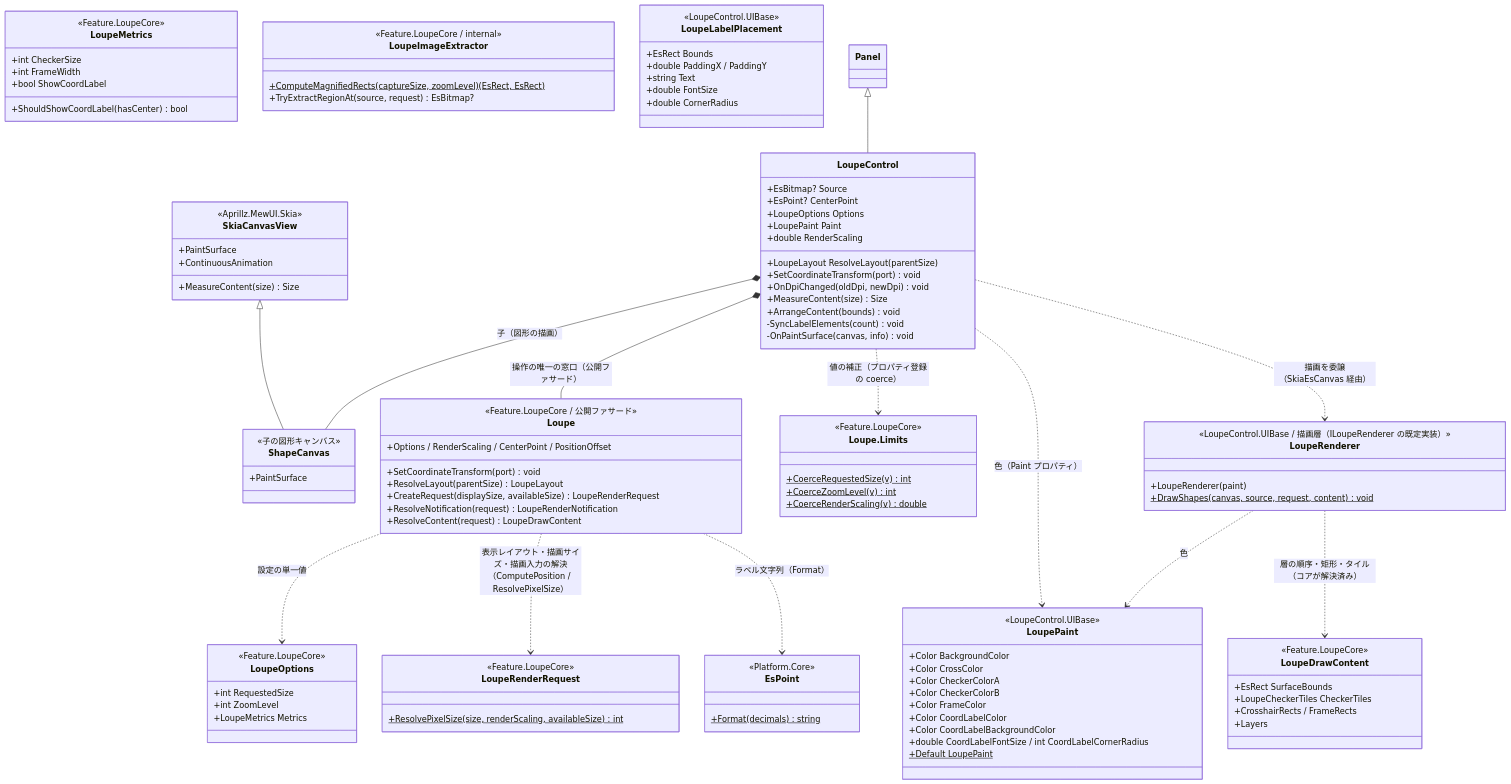
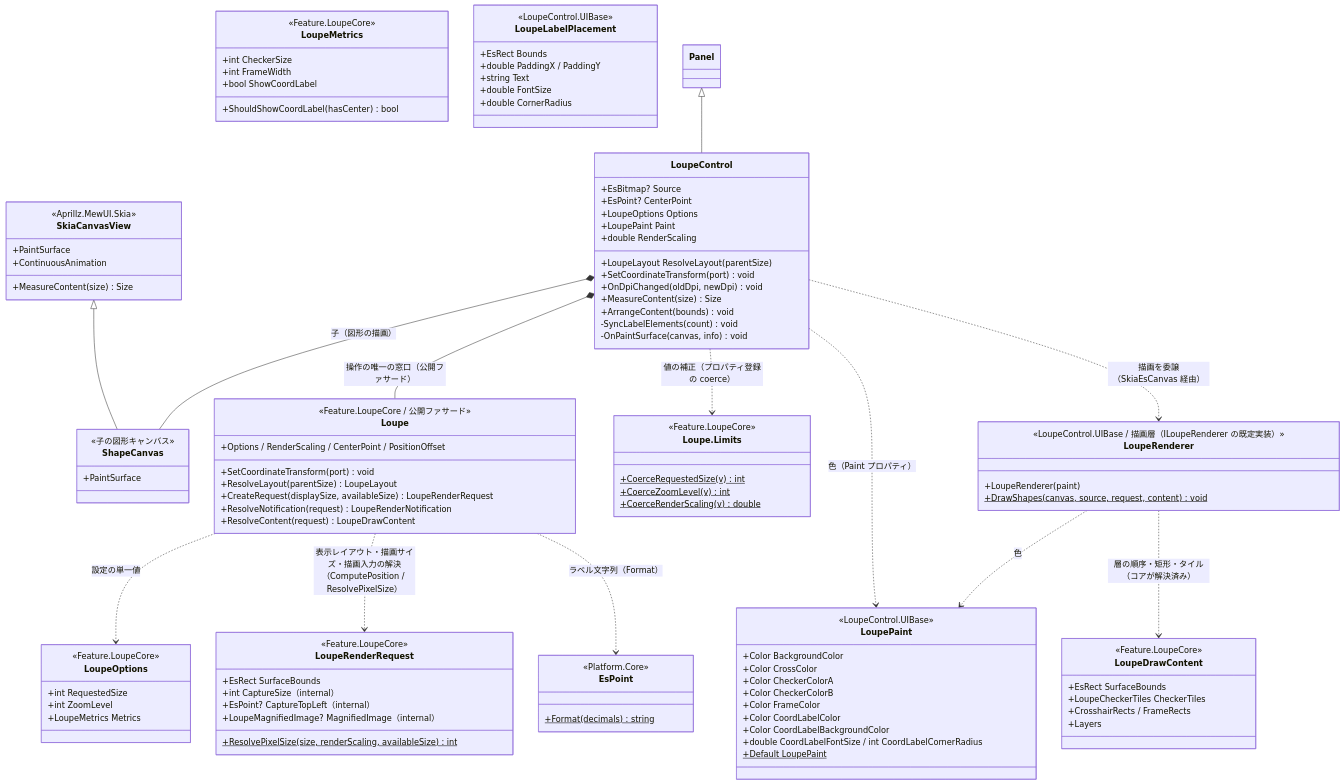
The first of 2 diagrams in src/LoupeControl.MewUI/SPEC_System.md (tomokuni/SaveEvidence), drawn with Mermaid before and after one commit. The commit also changed other lines of this file and 67 other files, not shown here.

```diff
--- a/src/LoupeControl.MewUI/SPEC_System.md
+++ b/src/LoupeControl.MewUI/SPEC_System.md
@@ -142,10 +142,13 @@
         +CrosshairRects / FrameRects
         +Layers
     }
-    class LoupeImageExtractor {
-        <<Feature.LoupeCore / internal>>
-        +ComputeMagnifiedRects(captureSize, zoomLevel) (EsRect, EsRect)$
-        +TryExtractRegionAt(source, request) EsBitmap?
+    class LoupeRenderRequest {
+        <<Feature.LoupeCore>>
+        +EsRect SurfaceBounds
+        +int CaptureSize（internal）
+        +EsPoint? CaptureTopLeft（internal）
+        +LoupeMagnifiedImage? MagnifiedImage（internal）
+        +ResolvePixelSize(size, renderScaling, availableSize) int$
     }
     class LoupeLabelPlacement {
         <<LoupeControl.UIBase>>
@@ -163,10 +166,6 @@
         +CreateRequest(displaySize, availableSize) LoupeRenderRequest
         +ResolveNotification(request) LoupeRenderNotification
         +ResolveContent(request) LoupeDrawContent
-    }
-    class LoupeRenderRequest {
-        <<Feature.LoupeCore>>
-        +ResolvePixelSize(size, renderScaling, availableSize) int$
     }
     class EsPoint {
         <<Platform.Core>>
```
